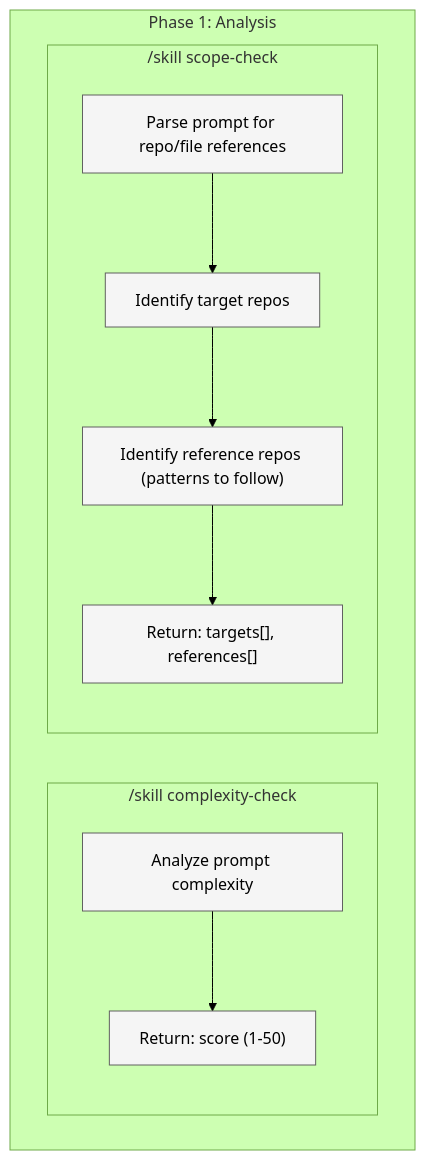
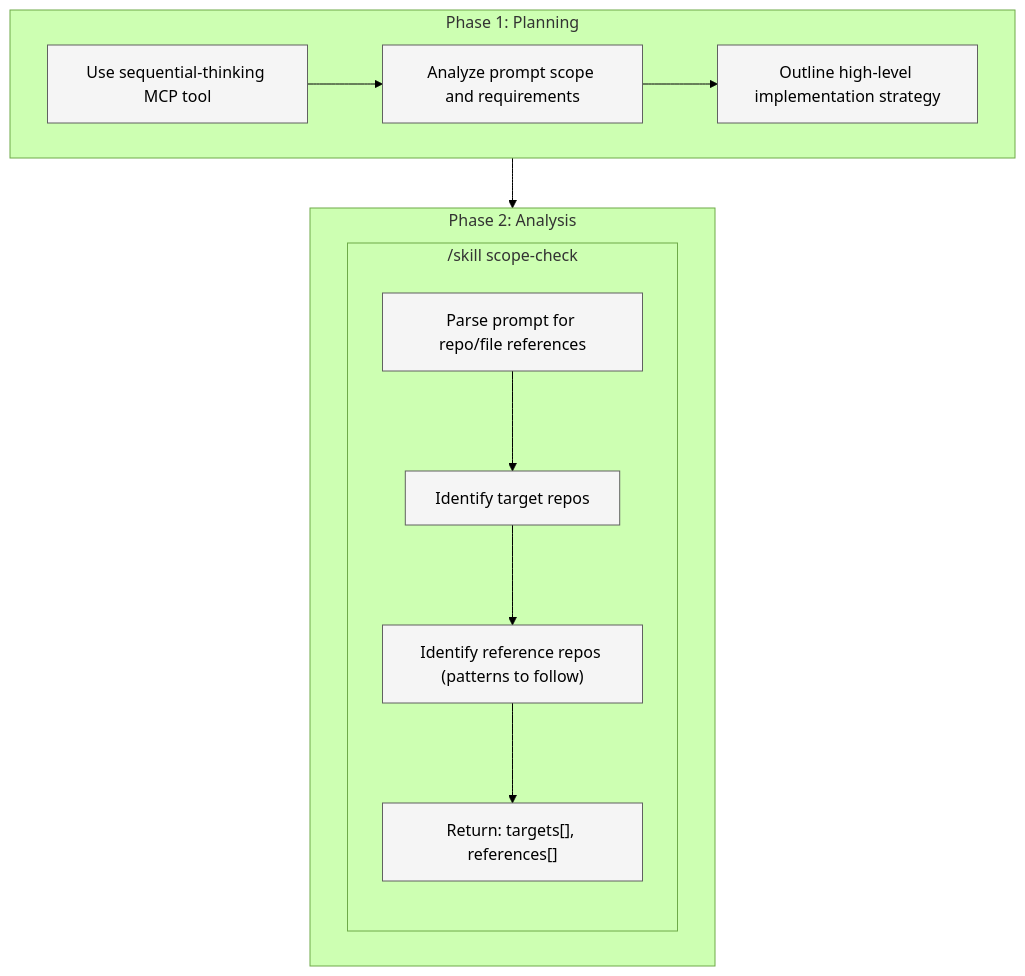
Before and after one commit to metasaver/metasaver-marketplace: the second of 9 diagrams in docs/architecture/build-command-target-state.md, drawn with Mermaid (forest theme). The commit also changed other lines of this file and 21 other files, not shown here.

````diff
--- a/docs/architecture/build-command-target-state.md
+++ b/docs/architecture/build-command-target-state.md
@@ -99,21 +87,24 @@
 ```mermaid
 flowchart TB
     classDef skill fill:#fff8e1,stroke:#f57f17,stroke-width:2px
     classDef step fill:#f5f5f5,stroke:#616161,stroke-width:1px
 
-    subgraph P1["Phase 1: Analysis"]
-        subgraph CC["/skill complexity-check"]
-            CC1["Analyze prompt complexity"]:::step
-            CC2["Return: score (1-50)"]:::step
-            CC1 --> CC2
-        end
+    subgraph P1["Phase 1: Planning"]
+        SEQ1["Use sequential-thinking MCP tool"]:::step
+        SEQ2["Analyze prompt scope and requirements"]:::step
+        SEQ3["Outline high-level implementation strategy"]:::step
+        SEQ1 --> SEQ2 --> SEQ3
+    end
 
+    subgraph P2["Phase 2: Analysis"]
         subgraph SC["/skill scope-check"]
             SC1["Parse prompt for repo/file references"]:::step
             SC2["Identify target repos"]:::step
             SC3["Identify reference repos (patterns to follow)"]:::step
             SC4["Return: targets[], references[]"]:::step
             SC1 --> SC2 --> SC3 --> SC4
         end
     end
+
+    P1 --> P2
 ```
````
